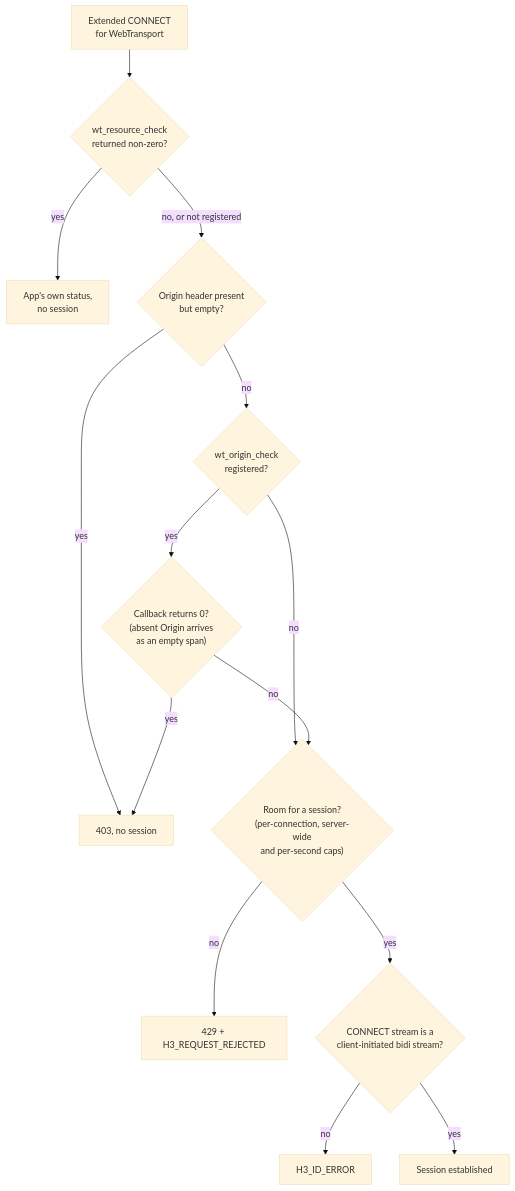
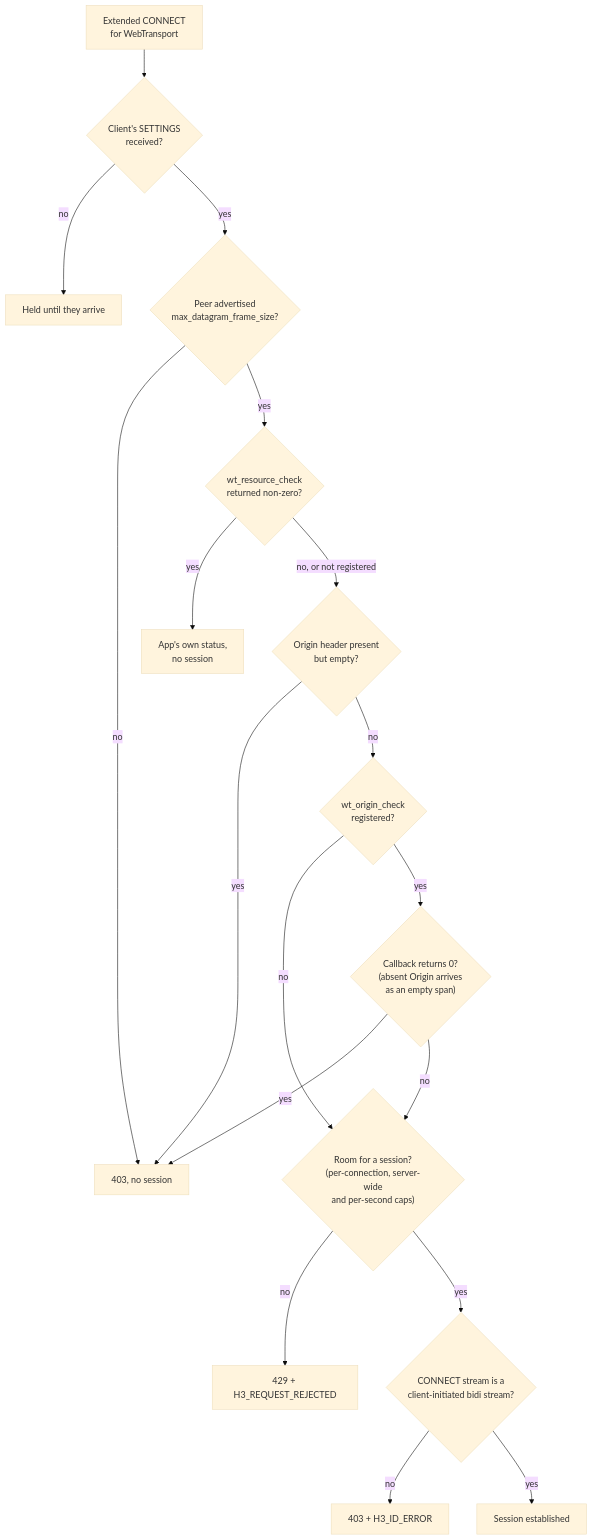
The fourth of 4 diagrams in docs/security.md (Hakkadaikon/wired), drawn with Mermaid (base theme) before and after one commit. The commit also changed other lines of this file, not shown here.

First line of the commit message:
docs(security): correct the diagrams and rules found in review

````diff
--- a/docs/security.md
+++ b/docs/security.md
@@ -502,16 +507,20 @@
 ```mermaid
 flowchart TD
-  A["Extended CONNECT<br/>for WebTransport"] --> B{"wt_resource_check<br/>returned non-zero?"}
+  A["Extended CONNECT<br/>for WebTransport"] --> S0{"Client's SETTINGS<br/>received?"}
+  S0 -->|no| S1["Held until they arrive"]
+  S0 -->|yes| DG{"Peer advertised<br/>max_datagram_frame_size?"}
+  DG -->|no| R
+  DG -->|yes| B{"wt_resource_check<br/>returned non-zero?"}
   B -->|yes| B1["App's own status,<br/>no session"]
   B -->|"no, or not registered"| C{"Origin header present<br/>but empty?"}
   C -->|yes| R["403, no session"]
   C -->|no| D{"wt_origin_check<br/>registered?"}
   D -->|no| E{"Room for a session?<br/>(per-connection, server-wide<br/>and per-second caps)"}
   D -->|yes| F{"Callback returns 0?<br/>(absent Origin arrives<br/>as an empty span)"}
   F -->|yes| R
   F -->|no| E
   E -->|no| T["429 + H3_REQUEST_REJECTED"]
   E -->|yes| G{"CONNECT stream is a<br/>client-initiated bidi stream?"}
-  G -->|no| H["H3_ID_ERROR"]
+  G -->|no| H["403 + H3_ID_ERROR"]
   G -->|yes| S["Session established"]
 ```
````
